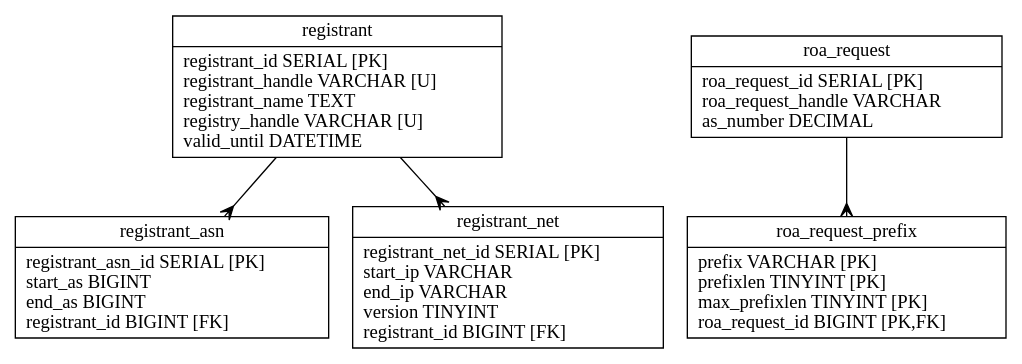
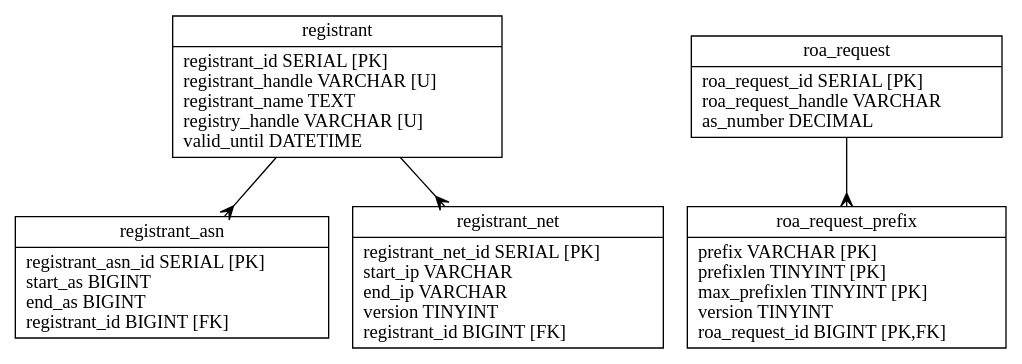
One commit to dragonresearch/rpki.net changed the diagram in rpkid/doc/irdbd.dot. Above: the diagram before and after it, drawn with Graphviz. The commit also changed 9 other files, not shown here.

```diff
--- a/rpkid/doc/irdbd.dot
+++ b/rpkid/doc/irdbd.dot
@@ -1,15 +1,15 @@
 // Automatically generated from irdbd.sql
 
 digraph test {
 	edge [arrowtail=none, arrowhead=crow];
 	graph [ratio=fill, overlap=false, bgcolor=white];
 	node [label="\N", fillcolor=white, shape=record, style=filled];
 	registrant [label="{registrant\n|registrant_id\ SERIAL\ [PK]\lregistrant_handle\ VARCHAR\ [U]\lregistrant_name\ TEXT\lregistry_handle\ VARCHAR\ [U]\lvalid_until\ DATETIME\l}"];
 	registrant_asn [label="{registrant_asn\n|registrant_asn_id\ SERIAL\ [PK]\lstart_as\ BIGINT\lend_as\ BIGINT\lregistrant_id\ BIGINT\ [FK]\l}"];
 	registrant_net [label="{registrant_net\n|registrant_net_id\ SERIAL\ [PK]\lstart_ip\ VARCHAR\lend_ip\ VARCHAR\lversion\ TINYINT\lregistrant_id\ BIGINT\ [FK]\l}"];
 	roa_request [label="{roa_request\n|roa_request_id\ SERIAL\ [PK]\lroa_request_handle\ VARCHAR\las_number\ DECIMAL\l}"];
-	roa_request_prefix [label="{roa_request_prefix\n|prefix\ VARCHAR\ [PK]\lprefixlen\ TINYINT\ [PK]\lmax_prefixlen\ TINYINT\ [PK]\lroa_request_id\ BIGINT\ [PK,FK]\l}"];
+	roa_request_prefix [label="{roa_request_prefix\n|prefix\ VARCHAR\ [PK]\lprefixlen\ TINYINT\ [PK]\lmax_prefixlen\ TINYINT\ [PK]\lversion\ TINYINT\lroa_request_id\ BIGINT\ [PK,FK]\l}"];
 	registrant -> registrant_asn;
 	registrant -> registrant_net;
 	roa_request -> roa_request_prefix;
 }
```
